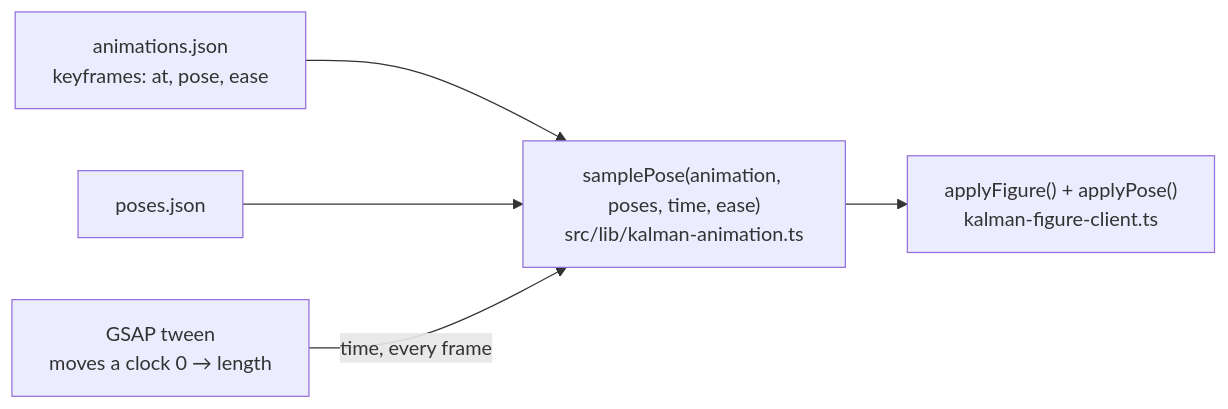
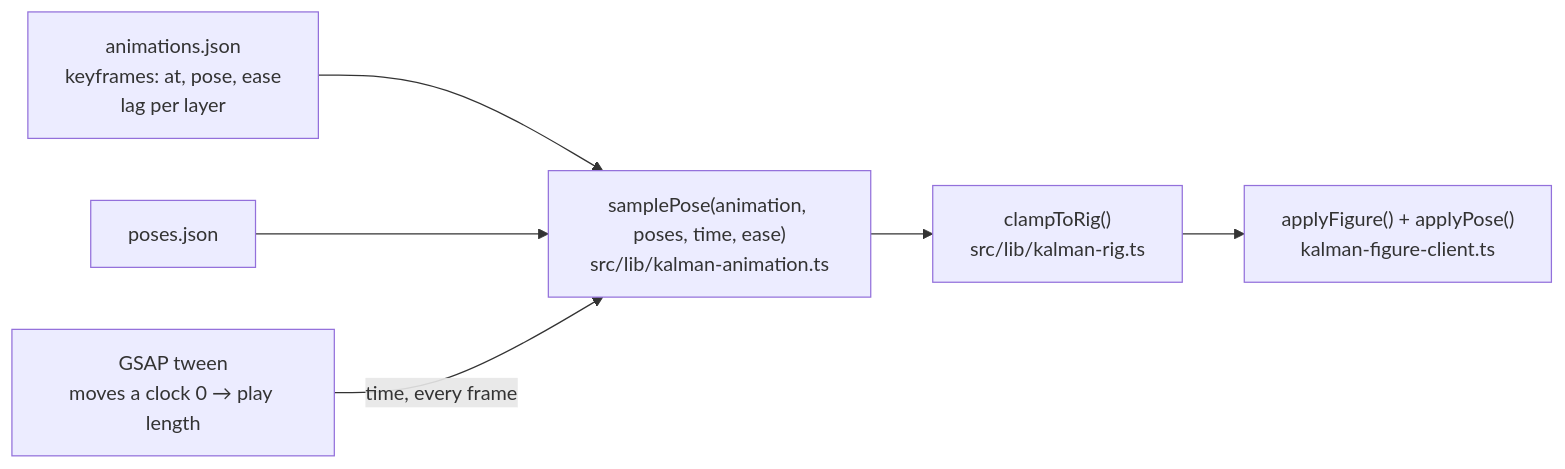
One commit to Halaszraymond/personal_site changed the fourth of 4 diagrams in docs/architecture.md. Above: the diagram before and after it, drawn with Mermaid. The commit also changed other lines of this file and 2 other files, not shown here.

Commit message:
docs: explain lag, play length, clamping and the animation principles

````diff
--- a/docs/architecture.md
+++ b/docs/architecture.md
@@ -137,7 +137,8 @@
 ```mermaid
 flowchart LR
-    A["animations.json<br/>keyframes: at, pose, ease"] --> S
+    A["animations.json<br/>keyframes: at, pose, ease<br/>lag per layer"] --> S
     P[poses.json] --> S
-    G["GSAP tween<br/>moves a clock 0 → length"] -->|time, every frame| S
-    S["samplePose(animation, poses, time, ease)<br/>src/lib/kalman-animation.ts"] --> D["applyFigure() + applyPose()<br/>kalman-figure-client.ts"]
+    G["GSAP tween<br/>moves a clock 0 → play length"] -->|time, every frame| S
+    S["samplePose(animation, poses, time, ease)<br/>src/lib/kalman-animation.ts"] --> C["clampToRig()<br/>src/lib/kalman-rig.ts"]
+    C --> D["applyFigure() + applyPose()<br/>kalman-figure-client.ts"]
 ```
````
